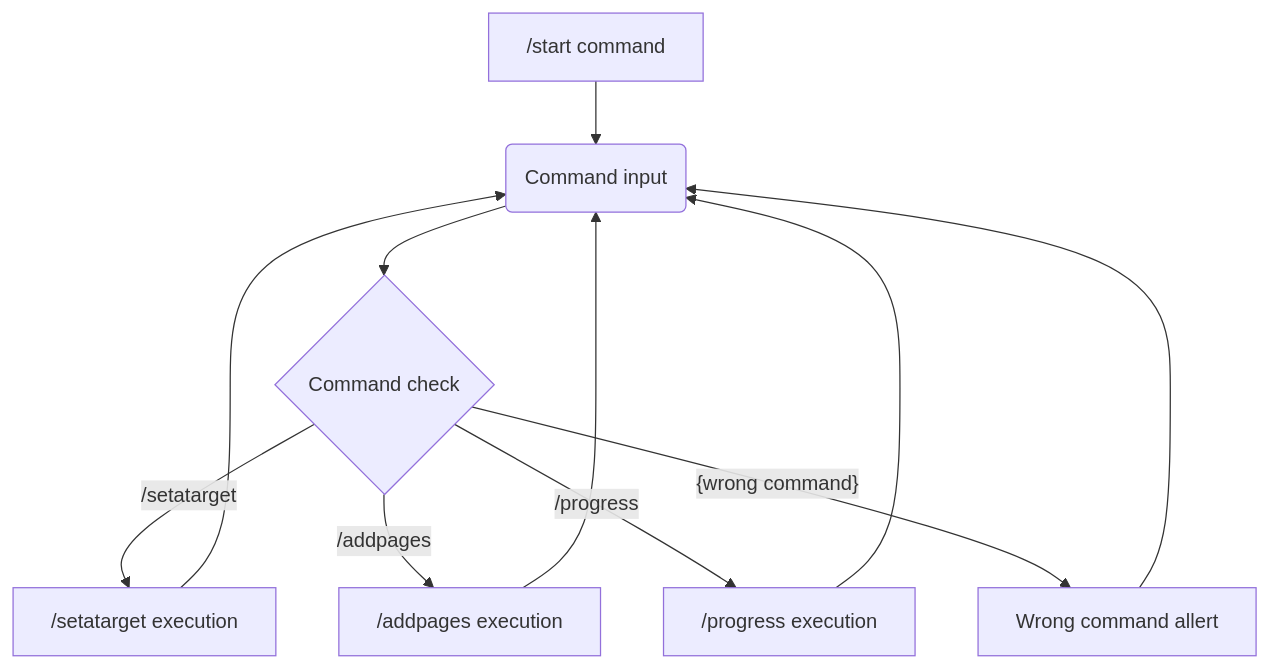
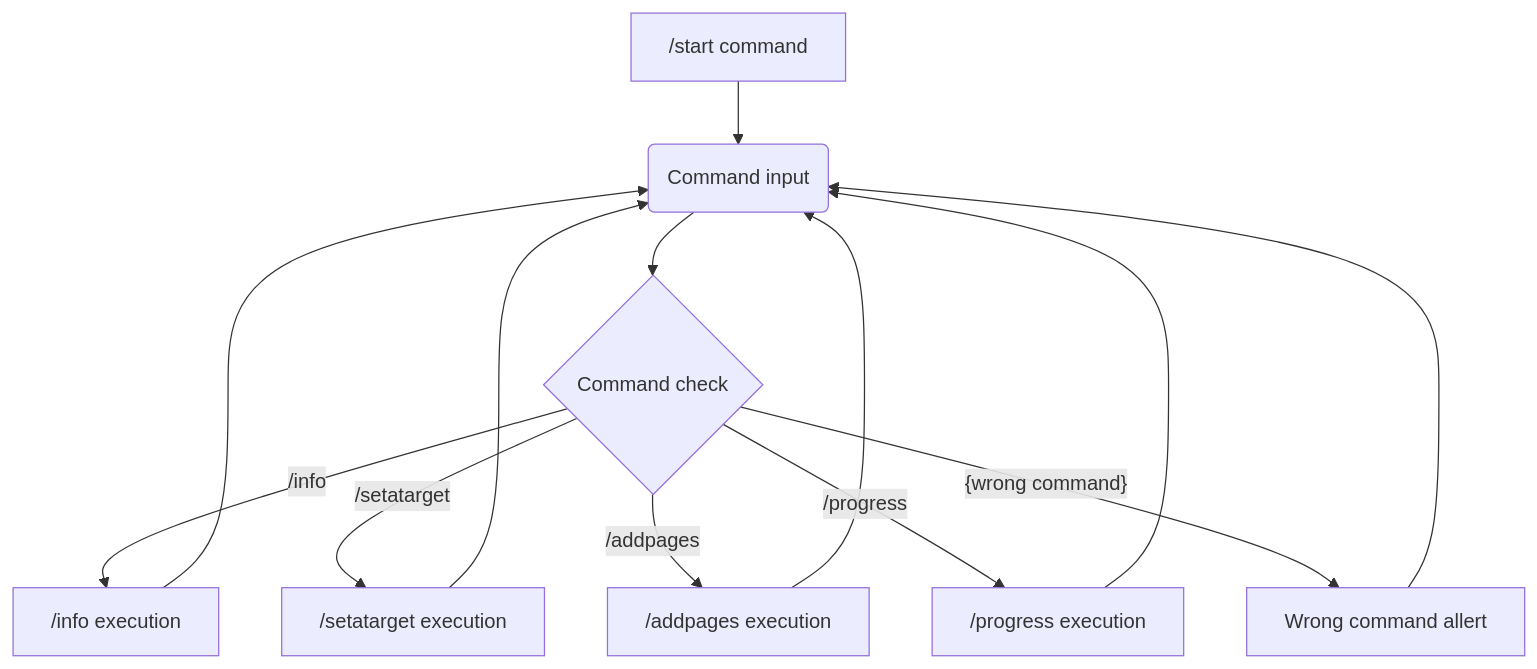
Before and after one commit to inrusakov/HabitTrackerHSE: the diagram in README.md, drawn with Mermaid.

````diff
--- a/README.md
+++ b/README.md
@@ -15,9 +15,10 @@
 ```mermaid
 flowchart TD
     A["/start command"] --> B(Command input)
     B --> C{Command check}
+    C -->|"/info"| H["/info execution"] --> B
     C -->|"/setatarget"| D["/setatarget execution"] --> B
     C -->|"/addpages"| E["/addpages execution"] --> B
     C -->|"/progress"| F["/progress execution"] --> B
     C -->|"{wrong command}"| G["Wrong command allert"] --> B
 ```
````
